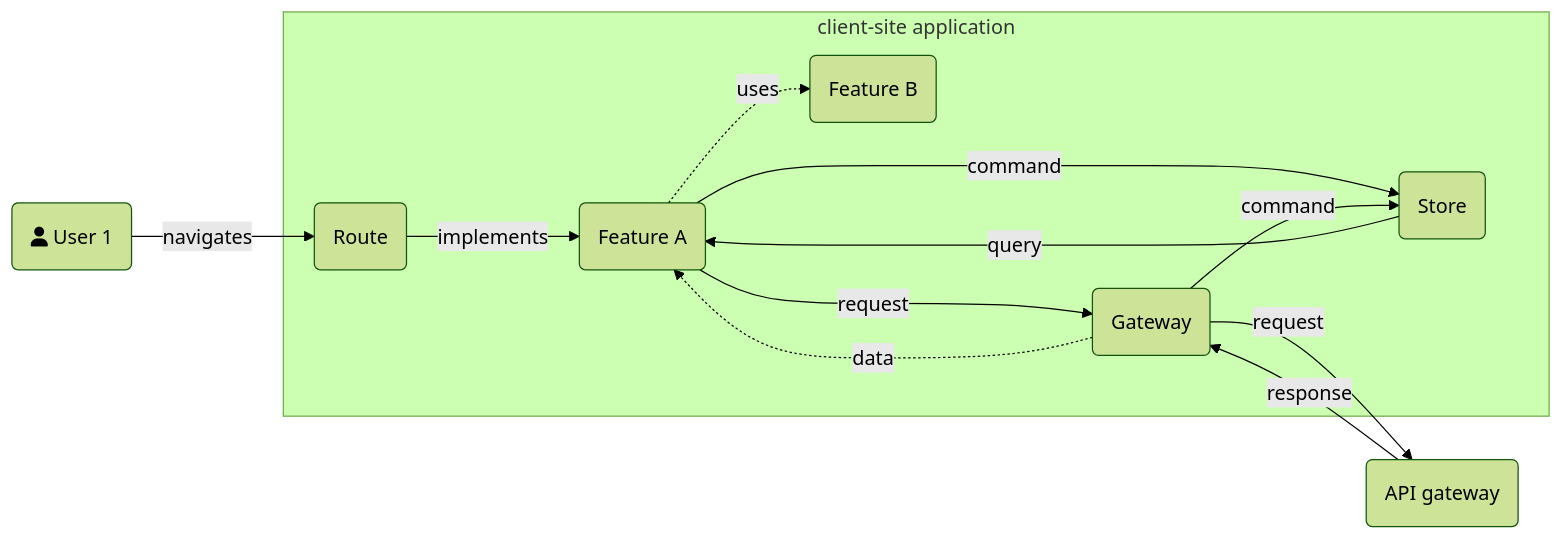
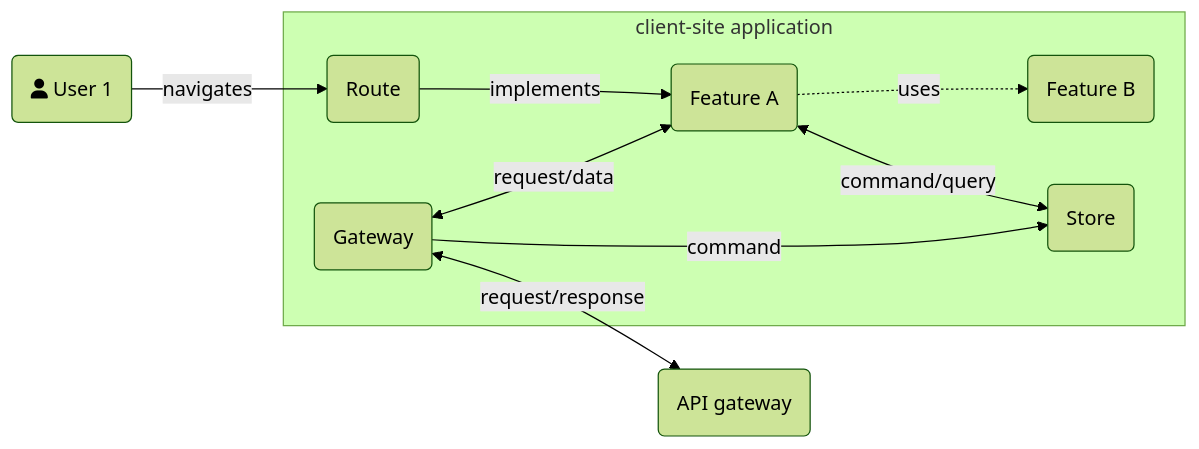
The second of 6 diagrams in README.md (crinklesio/reference-architecture), drawn with Mermaid (forest theme) before and after one commit. The commit also changed other lines of this file and 5 other files, not shown here.

Commit message:
fix: updates some diagrams to have better visuals

````diff
--- a/README.md
+++ b/README.md
@@ -102,22 +102,19 @@
 ```mermaid
 flowchart LR
     USER(fa:fa-user User 1)
     API(API gateway)
     subgraph client-site application
         R(Route)
         F1(Feature A)
         F2(Feature B)
         G(Gateway)
         S(Store)
     end
     USER -->|navigates| R
     R -->|implements| F1
     F1 -.->|uses| F2
-    F1 --->|request| G
-    F1 --->|command| S
-    S -->|query| F1
+    F1 <-->|command/query| S
     G -->|command| S
-    G -.->|data| F1
-    G -->|request| API
-    API -->|response| G
+    G <-->|request/data| F1
+    G <-->|request/response| API
 ```
````
